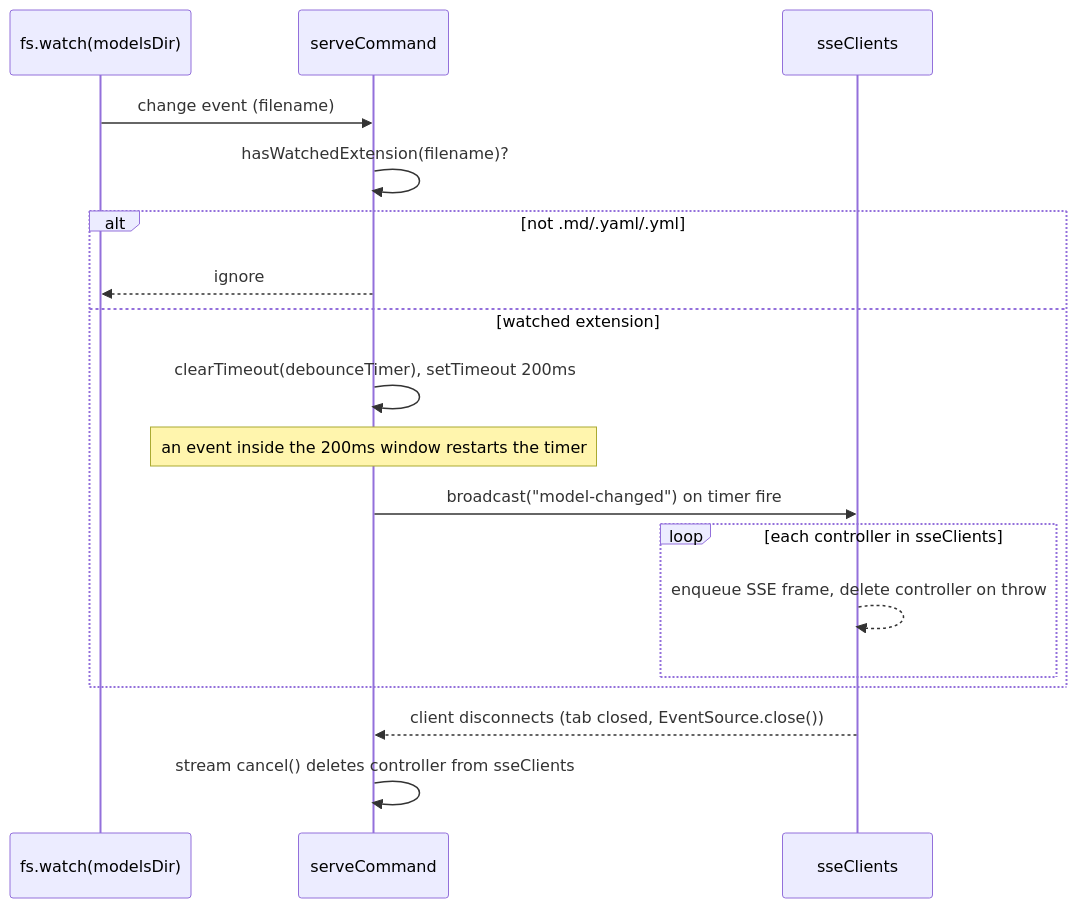
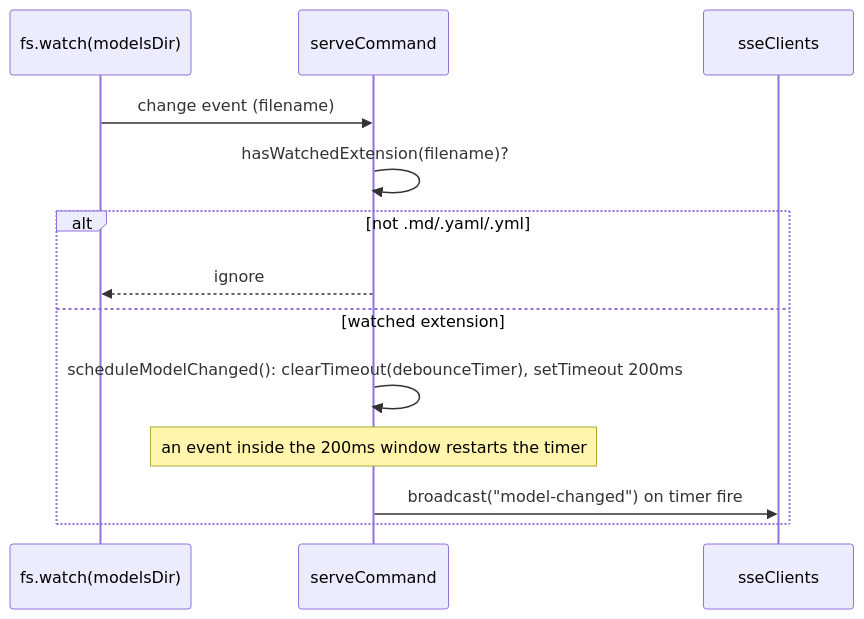
The third of 4 diagrams in docs/wiki/server.md (noormdev/ignatius), drawn with Mermaid before and after one commit. The commit also changed other lines of this file and 86 other files, not shown here.

````diff
--- a/docs/wiki/server.md
+++ b/docs/wiki/server.md
@@ -47,21 +73,16 @@
 ```mermaid
 sequenceDiagram
     participant FS as fs.watch(modelsDir)
     participant Srv as serveCommand
     participant Cl as sseClients
 
     FS->>Srv: change event (filename)
     Srv->>Srv: hasWatchedExtension(filename)?
     alt not .md/.yaml/.yml
         Srv-->>FS: ignore
     else watched extension
-        Srv->>Srv: clearTimeout(debounceTimer), setTimeout 200ms
+        Srv->>Srv: scheduleModelChanged(): clearTimeout(debounceTimer), setTimeout 200ms
         Note over Srv: an event inside the 200ms window restarts the timer
         Srv->>Cl: broadcast("model-changed") on timer fire
-        loop each controller in sseClients
-            Cl-->>Cl: enqueue SSE frame, delete controller on throw
-        end
     end
-    Cl-->>Srv: client disconnects (tab closed, EventSource.close())
-    Srv->>Srv: stream cancel() deletes controller from sseClients
 ```
````
